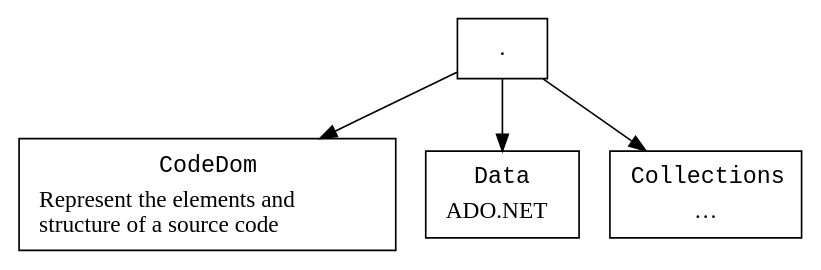
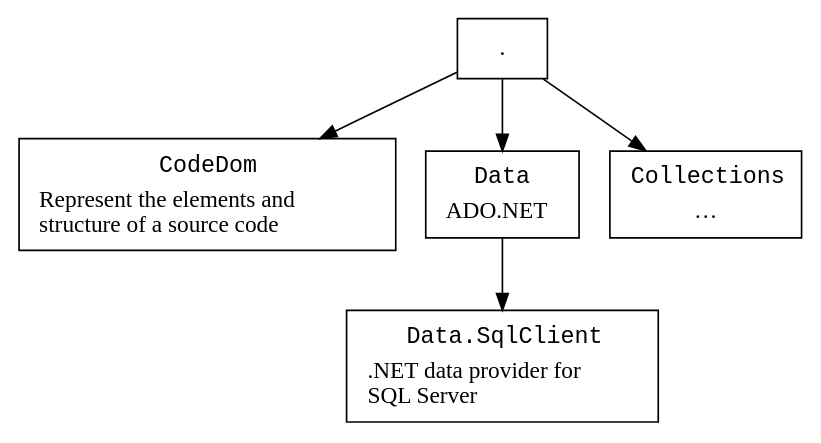
One commit to ReneNyffenegger/temp-dotNet changed the diagram in namespaces/namespace-hierarchy.dot. Above: the diagram before and after it, drawn with Graphviz.

```diff
--- a/namespaces/namespace-hierarchy.dot
+++ b/namespaces/namespace-hierarchy.dot
@@ -1,14 +1,17 @@
 digraph hierarchy {
 
    node [ shape=box ]
 
    System [ label = "." ];
-   CodeDom     [ label=< <table border="0"><tr><td align="text"><font face="Courier">CodeDom</font></td></tr><tr><td>Represent the elements and<br align="left"/>structure of a source code<br align="left"/></td></tr></table> > ];
-   Data        [ label=< <table border="0"><tr><td align="text"><font face="Courier">Data</font></td></tr><tr><td>ADO.NET</td></tr></table> > ];
-   Collections [ label=< <table border="0"><tr><td align="text"><font face="Courier">Collections</font></td></tr><tr><td>…</td></tr></table> > ];
+   CodeDom        [ label=< <table border="0"><tr><td align="text"><font face="Courier">CodeDom</font></td></tr><tr><td>Represent the elements and<br align="left"/>structure of a source code<br align="left"/></td></tr></table> > ];
+   Data           [ label=< <table border="0"><tr><td align="text"><font face="Courier">Data</font></td></tr><tr><td>ADO.NET</td></tr></table> > ];
+   Collections    [ label=< <table border="0"><tr><td align="text"><font face="Courier">Collections</font></td></tr><tr><td>…</td></tr></table> > ];
+   Data_SqlClient [ label=< <table border="0"><tr><td align="text"><font face="Courier">Data.SqlClient</font></td></tr><tr><td align="text">.NET data provider for<br align="left"/>SQL Server<br align="left"/></td></tr></table> > ];
 
    System -> CodeDom;
    System -> Data;
    System -> Collections;
 
+   Data -> Data_SqlClient;
+
 }
```
